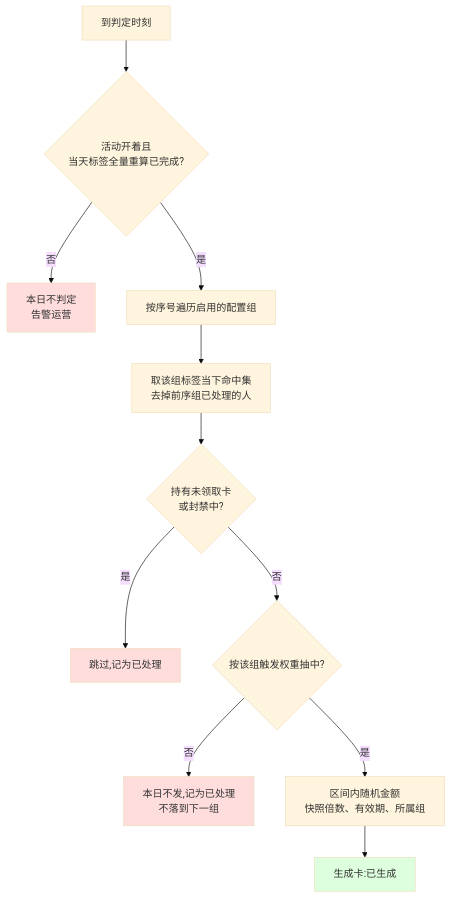
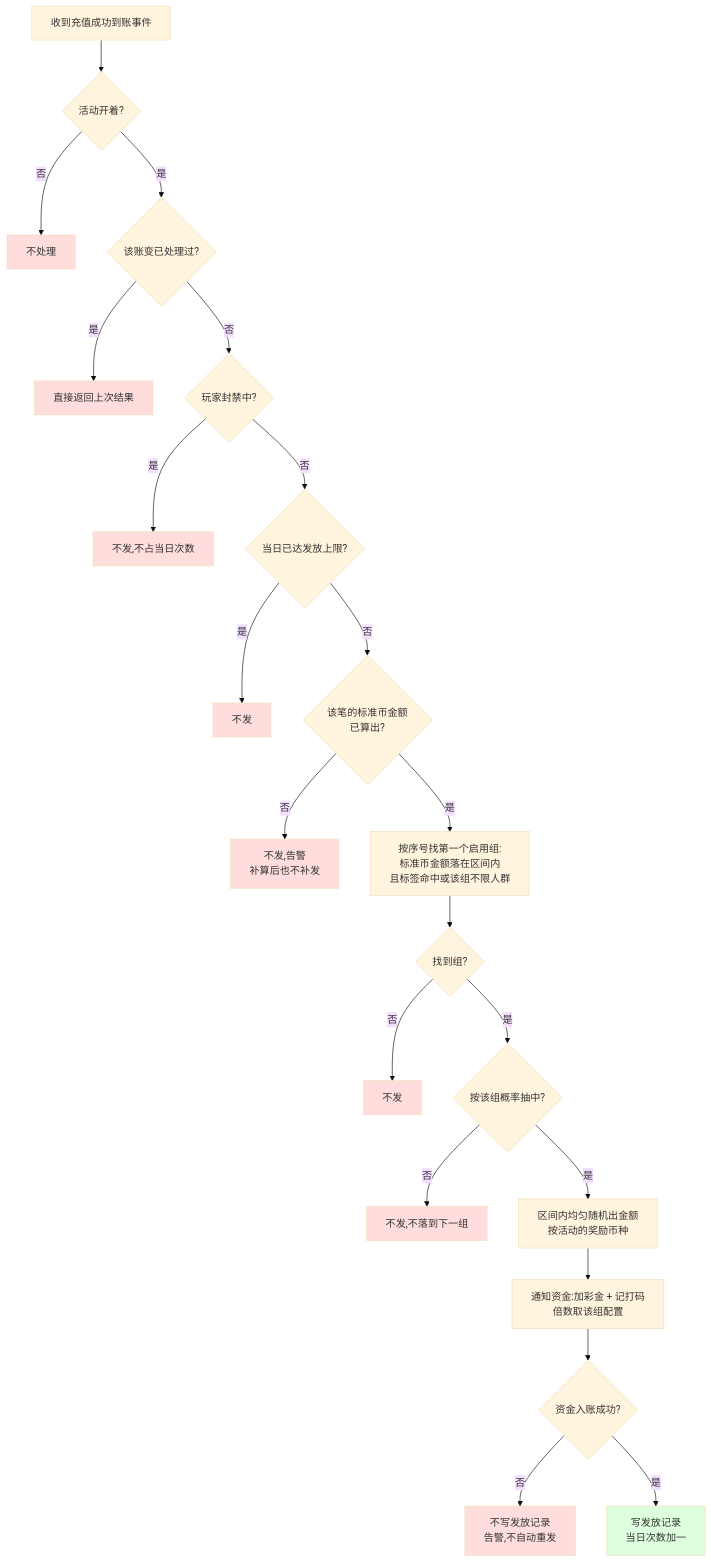
One commit to bingo-lab-1/bingo-figma changed the first of 2 diagrams in M4-活动管理/4.4-刮刮乐/README.md. Above: the diagram before and after it, drawn with Mermaid (base theme). The commit also changed other lines of this file and 2 other files, not shown here.

````diff
--- a/M4-活动管理/4.4-刮刮乐/README.md
+++ b/M4-活动管理/4.4-刮刮乐/README.md
@@ -226,17 +230,32 @@
 ```mermaid
 flowchart TD
-    A[到判定时刻] --> B{活动开着且<br/>当天标签全量重算已完成?}
-    B -- 否 --> X1[本日不判定<br/>告警运营]
-    B -- 是 --> C[按序号遍历启用的配置组]
-    C --> D[取该组标签当下命中集<br/>去掉前序组已处理的人]
-    D --> E{持有未领取卡<br/>或封禁中?}
-    E -- 是 --> X2[跳过,记为已处理]
-    E -- 否 --> F{按该组触发权重抽中?}
-    F -- 否 --> X3[本日不发,记为已处理<br/>不落到下一组]
-    F -- 是 --> G[区间内随机金额<br/>快照倍数、有效期、所属组]
-    G --> H[生成卡:已生成]
+    A[收到充值成功到账事件] --> B{活动开着?}
+    B -- 否 --> X1[不处理]
+    B -- 是 --> C{该账变已处理过?}
+    C -- 是 --> X2[直接返回上次结果]
+    C -- 否 --> D{玩家封禁中?}
+    D -- 是 --> X3[不发,不占当日次数]
+    D -- 否 --> E{当日已达发放上限?}
+    E -- 是 --> X4[不发]
+    E -- 否 --> N{该笔的标准币金额<br/>已算出?}
+    N -- 否 --> X8[不发,告警<br/>补算后也不补发]
+    N -- 是 --> F[按序号找第一个启用组:<br/>标准币金额落在区间内<br/>且标签命中或该组不限人群]
+    F --> G{找到组?}
+    G -- 否 --> X5[不发]
+    G -- 是 --> H{按该组概率抽中?}
+    H -- 否 --> X6[不发,不落到下一组]
+    H -- 是 --> I[区间内均匀随机出金额<br/>按活动的奖励币种]
+    I --> J[通知资金:加彩金 + 记打码<br/>倍数取该组配置]
+    J --> K{资金入账成功?}
+    K -- 否 --> X7[不写发放记录<br/>告警,不自动重发]
+    K -- 是 --> L[写发放记录<br/>当日次数加一]
     style X1 fill:#fdd
     style X2 fill:#fdd
     style X3 fill:#fdd
-    style H fill:#dfd
+    style X4 fill:#fdd
+    style X5 fill:#fdd
+    style X6 fill:#fdd
+    style X7 fill:#fdd
+    style X8 fill:#fdd
+    style L fill:#dfd
 ```
````
